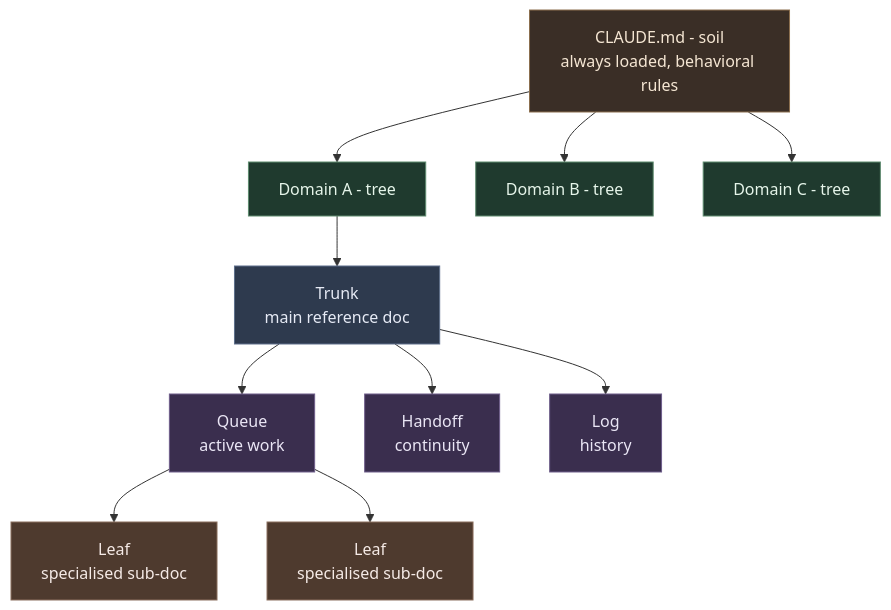
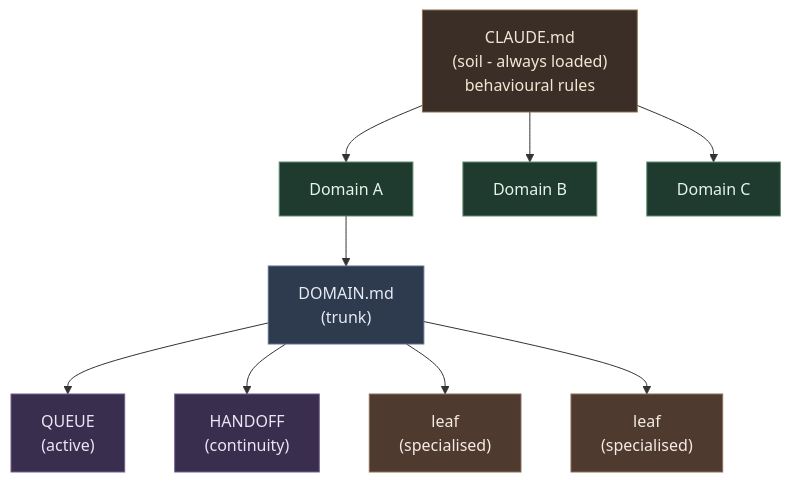
One commit to DamianBuilds-ai/atlas-method changed the first of 3 diagrams in README.md. Above: the diagram before and after it, drawn with Mermaid. The commit also changed other lines of this file and 81 other files, not shown here.

````diff
--- a/README.md
+++ b/README.md
@@ -88,23 +15,22 @@
 ```mermaid
 graph TD
-    Soil[CLAUDE.md - soil<br/>always loaded, behavioral rules]
-    Soil --> Tree1[Domain A - tree]
-    Soil --> Tree2[Domain B - tree]
-    Soil --> Tree3[Domain C - tree]
-    Tree1 --> Trunk1[Trunk<br/>main reference doc]
-    Trunk1 --> Branch1a[Queue<br/>active work]
-    Trunk1 --> Branch1b[Handoff<br/>continuity]
-    Trunk1 --> Branch1c[Log<br/>history]
-    Branch1a --> Leaf1a1[Leaf<br/>specialised sub-doc]
-    Branch1a --> Leaf1a2[Leaf<br/>specialised sub-doc]
+    Soil["CLAUDE.md<br/>(soil - always loaded)<br/>behavioural rules"]
+    Soil --> T1[Domain A]
+    Soil --> T2[Domain B]
+    Soil --> T3[Domain C]
+    T1 --> Tr1["DOMAIN.md<br/>(trunk)"]
+    Tr1 --> Q1["QUEUE<br/>(active)"]
+    Tr1 --> H1["HANDOFF<br/>(continuity)"]
+    Tr1 --> L1["leaf<br/>(specialised)"]
+    Tr1 --> L2["leaf<br/>(specialised)"]
     classDef soil fill:#3a2e26,stroke:#8b6f4e,color:#f5e6d3
     classDef tree fill:#1f3a2e,stroke:#5e8b6f,color:#e6f5ea
     classDef trunk fill:#2e3a4e,stroke:#5e6f8b,color:#e6eaf5
     classDef branch fill:#3a2e4e,stroke:#6f5e8b,color:#eae6f5
     classDef leaf fill:#4e3a2e,stroke:#8b6f5e,color:#f5eae6
     class Soil soil
-    class Tree1,Tree2,Tree3 tree
-    class Trunk1 trunk
-    class Branch1a,Branch1b,Branch1c branch
-    class Leaf1a1,Leaf1a2 leaf
+    class T1,T2,T3 tree
+    class Tr1 trunk
+    class Q1,H1 branch
+    class L1,L2 leaf
 ```
````
